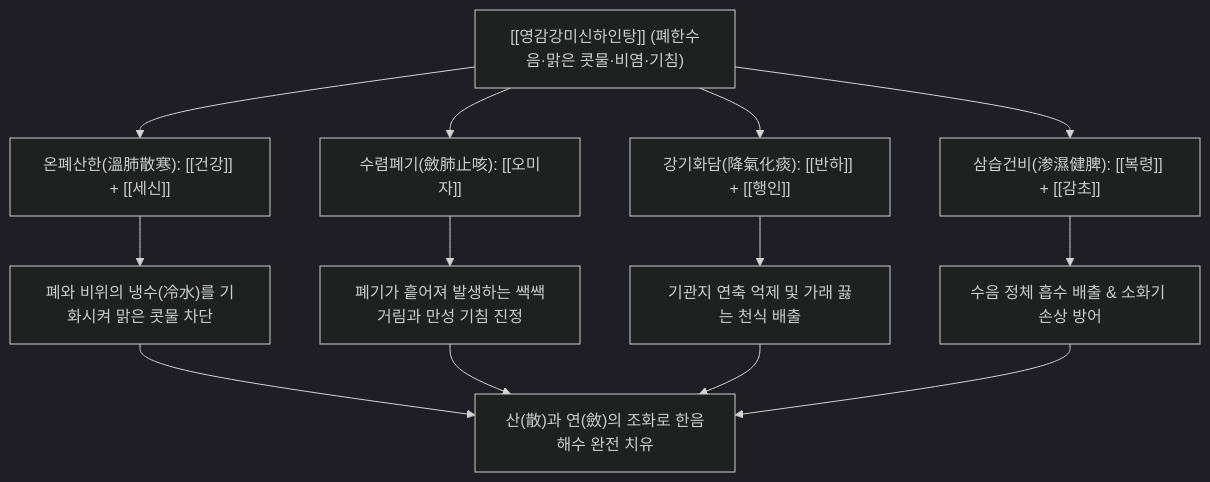
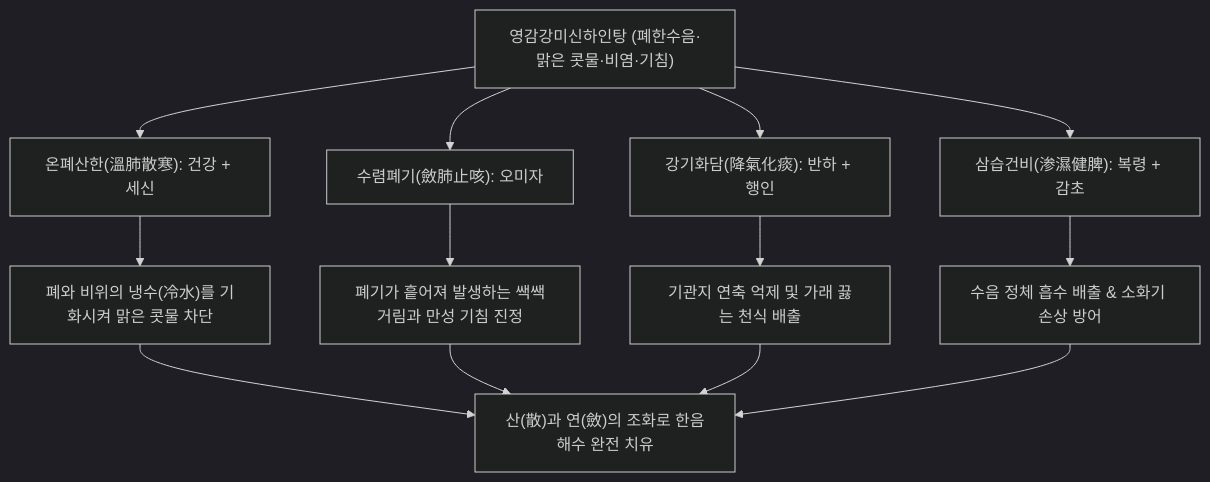
One commit to simbio11/simbio-digital-garden2 changed the diagram in content/2. 약리 공부/처방/03_화담·거습·이수제/영감강미신하인탕.md. Above: the diagram before and after it, drawn with Mermaid (dark theme). The commit also changed other lines of this file and 323 other files, not shown here.

````diff
--- a/content/2. 약리 공부/처방/03_화담·거습·이수제/영감강미신하인탕.md
+++ b/content/2. 약리 공부/처방/03_화담·거습·이수제/영감강미신하인탕.md
@@ -46,14 +46,14 @@
 ```mermaid
 graph TD
-    A["[[영감강미신하인탕]] (폐한수음·맑은 콧물·비염·기침)"] --> B["온폐산한(溫肺散寒): [[건강]] + [[세신]]"]
-    A --> C["수렴폐기(斂肺止咳): [[오미자]]"]
-    A --> D["강기화담(降氣化痰): [[반하]] + [[행인]]"]
-    A --> E["삼습건비(渗濕健脾): [[복령]] + [[감초]]"]
+    A["영감강미신하인탕 (폐한수음·맑은 콧물·비염·기침)"] --> B["온폐산한(溫肺散寒): 건강 + 세신"]
+    A --> C["수렴폐기(斂肺止咳): 오미자"]
+    A --> D["강기화담(降氣化痰): 반하 + 행인"]
+    A --> E["삼습건비(渗濕健脾): 복령 + 감초"]
 
     B --> F["폐와 비위의 냉수(冷水)를 기화시켜 맑은 콧물 차단"]
     C --> G["폐기가 흩어져 발생하는 쌕쌕거림과 만성 기침 진정"]
     D --> H["기관지 연축 억제 및 가래 끓는 천식 배출"]
     E --> I["수음 정체 흡수 배출 & 소화기 손상 방어"]
 
     F & G & H & I --> J["산(散)과 연(斂)의 조화로 한음해수 완전 치유"]
 ```
````
